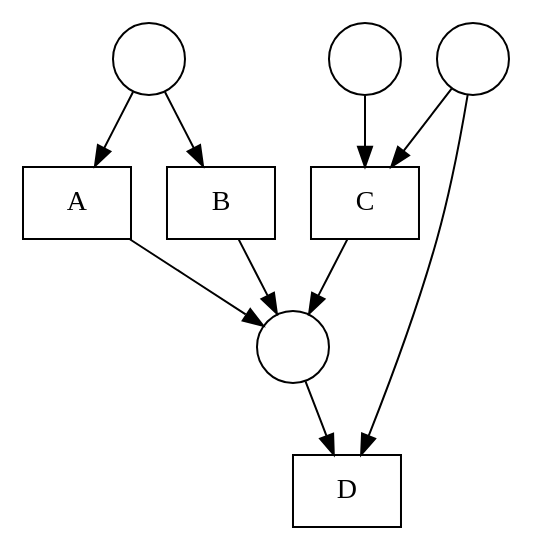
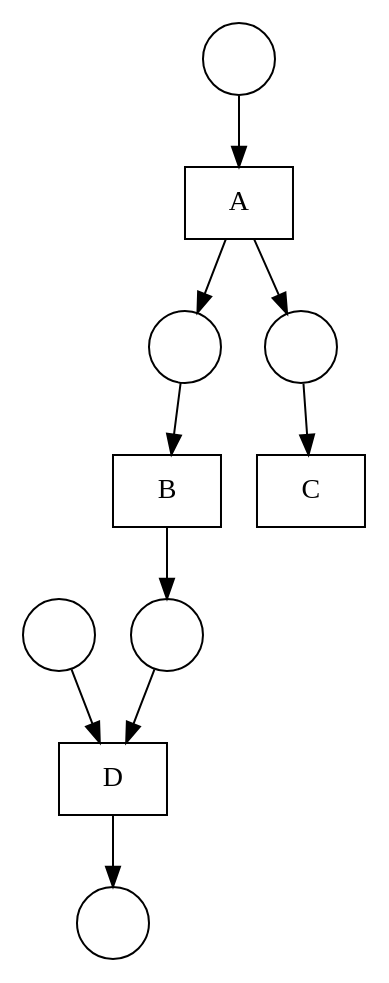
The diagram in nets/Fittest net.gv (DWitek97/GeneticMiner), drawn with Graphviz before and after one commit. The commit also changed 7 other files, not shown here.

```diff
--- a/nets/Fittest net.gv
+++ b/nets/Fittest net.gv
@@ -1,21 +1,23 @@
 digraph "Fittest net" {
 	node [shape=box]
 	A [label=A]
 	B [label=B]
 	C [label=C]
 	D [label=D]
 	node [shape=circle]
 	1 [label=" "]
 	2 [label=" "]
 	3 [label=" "]
 	4 [label=" "]
+	5 [label=" "]
+	6 [label=" "]
 	1 -> A
-	A -> 4
-	1 -> B
+	A -> 2
+	A -> 3
+	2 -> B
 	B -> 4
 	3 -> C
-	2 -> C
-	C -> 4
-	2 -> D
 	4 -> D
+	5 -> D
+	D -> 6
 }
```
